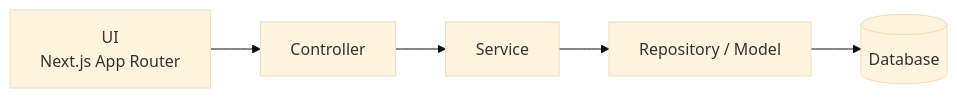
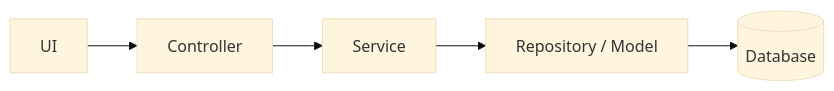
One commit to Ary-Pedro/meuDinheiroNaMao changed the second of 4 diagrams in README.md. Above: the diagram before and after it, drawn with Mermaid (base theme). The commit also changed other lines of this file and 16 other files, not shown here.

````diff
--- a/README.md
+++ b/README.md
@@ -332,10 +240,10 @@
 ```mermaid
 flowchart LR
-    UI[UI\nNext.js App Router]
+    UI[UI]
     C[Controller]
     S[Service]
     RM[Repository / Model]
     DB[(Database)]
 
     UI --> C --> S --> RM --> DB
 ```
````
